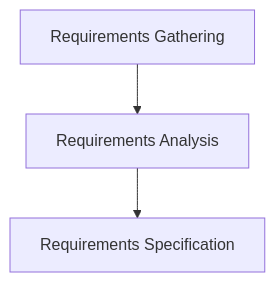
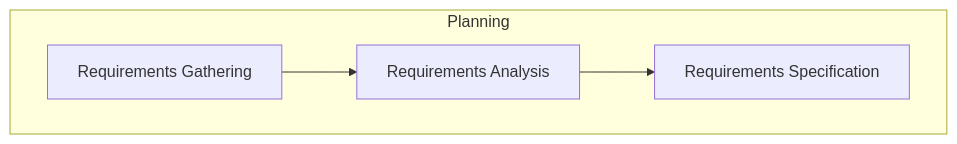
The third of 54 diagrams in temp-charts/flowchart_sequence/README.md (isauravmanitripathi/Animate-Mermaid-Chart), drawn with Mermaid before and after one commit. The commit also changed other lines of this file and 58 other files, not shown here.

Commit message:
added proper working diagrams

````diff
--- a/temp-charts/flowchart_sequence/README.md
+++ b/temp-charts/flowchart_sequence/README.md
@@ -20,5 +25,11 @@
 ```mermaid
 flowchart TD
-A[Requirements Gathering] --> A1[Requirements Analysis]
-A1 --> A2[Requirements Specification]
+    A[Requirements Gathering] --> A1[Requirements Analysis]
+    A1 --> A2[Requirements Specification]
+
+subgraph Planning
+A
+A1
+A2
+end
 ```
````
